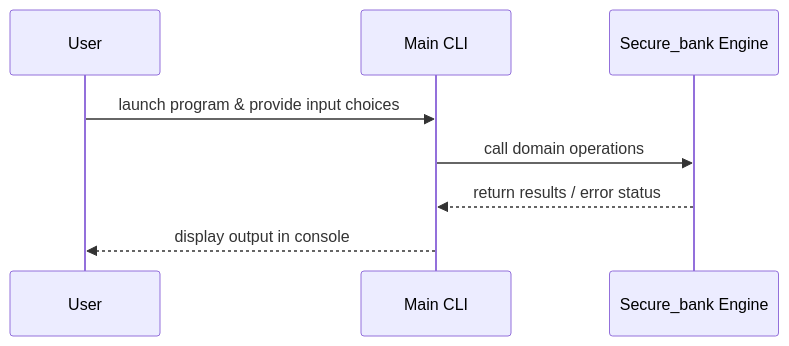
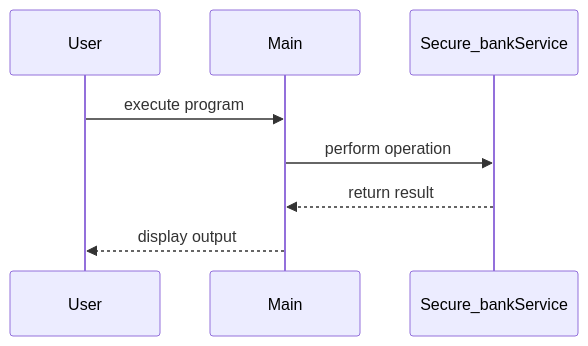
One commit to jahnaviyakkala/EvoForge changed the diagram in reports/secure_bank/Design.md. Above: the diagram before and after it, drawn with Mermaid. The commit also changed other lines of this file and 19 other files, not shown here.

Commit message:
auto(sdlc): update secure_bank autonomously

````diff
--- a/reports/secure_bank/Design.md
+++ b/reports/secure_bank/Design.md
@@ -16,11 +12,11 @@
 ```mermaid
 sequenceDiagram
     participant User
-    participant Main CLI
-    participant Secure_bank Engine
+    participant Main
+    participant Secure_bankService
 
-    User->>Main CLI: launch program & provide input choices
-    Main CLI->>Secure_bank Engine: call domain operations
-    Secure_bank Engine-->>Main CLI: return results / error status
-    Main CLI-->>User: display output in console
+    User->>Main: execute program
+    Main->>Secure_bankService: perform operation
+    Secure_bankService-->>Main: return result
+    Main-->>User: display output
 ```
````
